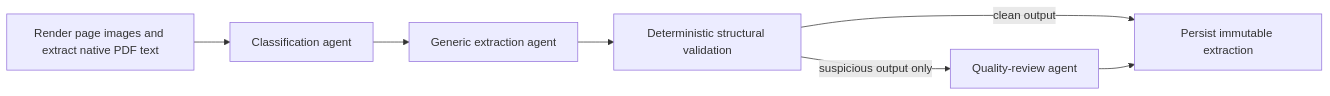
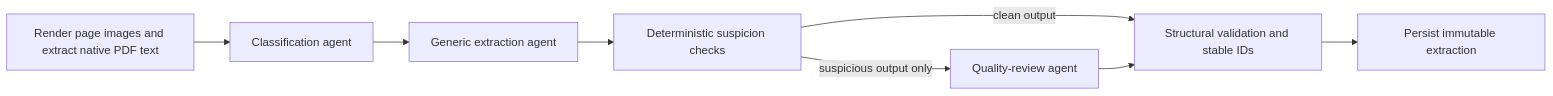
The third of 4 diagrams in ARCHITECTURE.md (SriCharanGundla/CAssist), drawn with Mermaid before and after one commit. The commit also changed other lines of this file and 8 other files, not shown here.

Commit message:
Build generic extraction review experience

````diff
--- a/ARCHITECTURE.md
+++ b/ARCHITECTURE.md
@@ -876,9 +881,10 @@
 ```mermaid
 flowchart LR
     PRE["Render page images and extract native PDF text"] --> CLASSIFY["Classification agent"]
     CLASSIFY --> EXTRACT["Generic extraction agent"]
-    EXTRACT --> STRUCTURE["Deterministic structural validation"]
-    STRUCTURE -->|"suspicious output only"| QUALITY["Quality-review agent"]
-    STRUCTURE -->|"clean output"| PERSIST["Persist immutable extraction"]
-    QUALITY --> PERSIST
+    EXTRACT --> CHECK["Deterministic suspicion checks"]
+    CHECK -->|"suspicious output only"| QUALITY["Quality-review agent"]
+    CHECK -->|"clean output"| STRUCTURE["Structural validation and stable IDs"]
+    QUALITY --> STRUCTURE
+    STRUCTURE --> PERSIST["Persist immutable extraction"]
 ```
````
